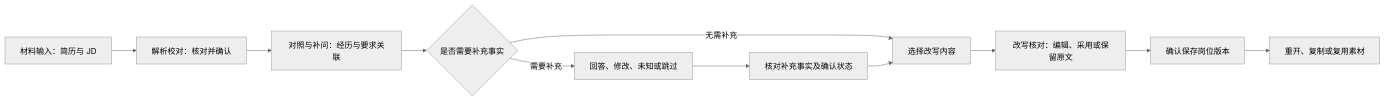
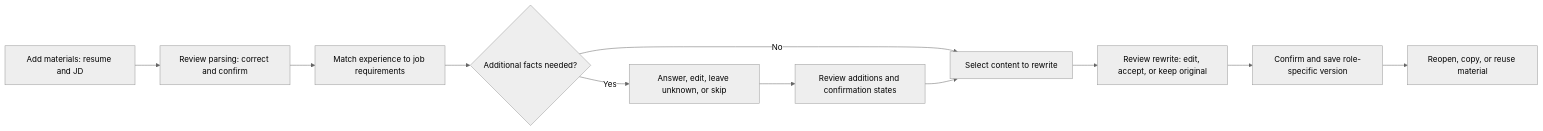
One commit to mxliu26/resume-tailor-assistant changed the diagram in docs/figures/user-flow.mmd. Above: the diagram before and after it, drawn with Mermaid (neutral theme). The commit also changed 24 other files, not shown here.

```diff
--- a/docs/figures/user-flow.mmd
+++ b/docs/figures/user-flow.mmd
@@ -1,11 +1,11 @@
 flowchart LR
-  materialInput["材料输入：简历与 JD"] --> parseReview["解析校对：核对并确认"]
-  parseReview --> evidenceMatch["对照与补问：经历与要求关联"]
-  evidenceMatch --> needsFacts{"是否需要补充事实"}
-  needsFacts -->|"无需补充"| chooseRewrite["选择改写内容"]
-  needsFacts -->|"需要补充"| followupAnswer["回答、修改、未知或跳过"]
-  followupAnswer --> factConfirm["核对补充事实及确认状态"]
+  materialInput["Add materials: resume and JD"] --> parseReview["Review parsing: correct and confirm"]
+  parseReview --> evidenceMatch["Match experience to job requirements"]
+  evidenceMatch --> needsFacts{"Additional facts needed?"}
+  needsFacts -->|"No"| chooseRewrite["Select content to rewrite"]
+  needsFacts -->|"Yes"| followupAnswer["Answer, edit, leave unknown, or skip"]
+  followupAnswer --> factConfirm["Review additions and confirmation states"]
   factConfirm --> chooseRewrite
-  chooseRewrite --> rewriteReview["改写核对：编辑、采用或保留原文"]
-  rewriteReview --> saveVersion["确认保存岗位版本"]
-  saveVersion --> reopenTask["重开、复制或复用素材"]
+  chooseRewrite --> rewriteReview["Review rewrite: edit, accept, or keep original"]
+  rewriteReview --> saveVersion["Confirm and save role-specific version"]
+  saveVersion --> reopenTask["Reopen, copy, or reuse material"]
```
